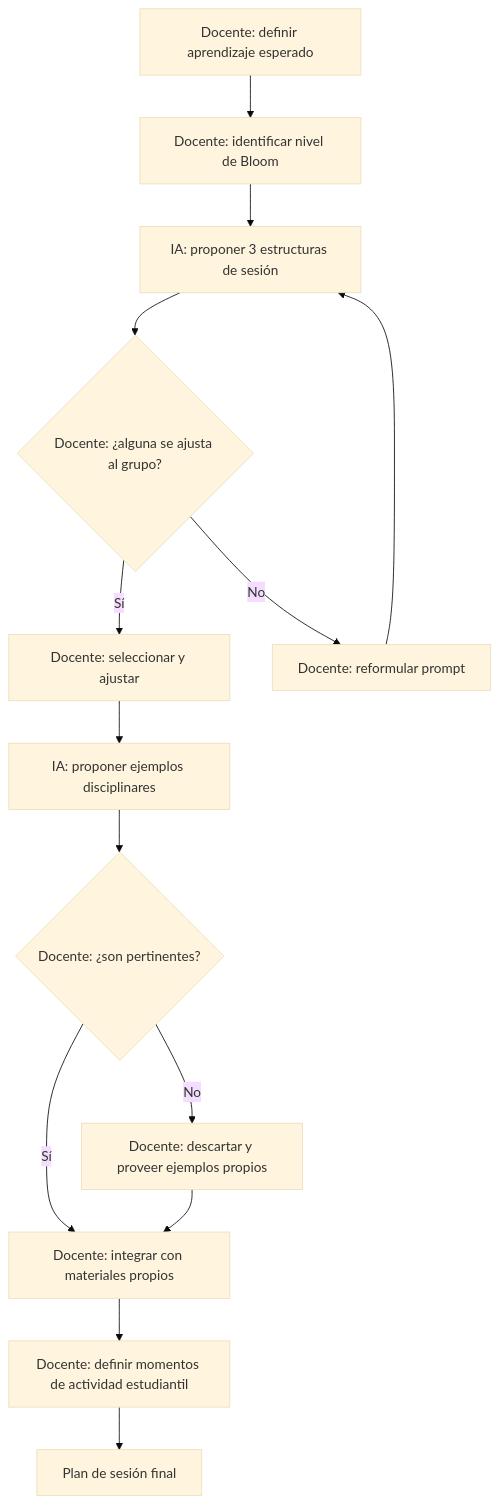
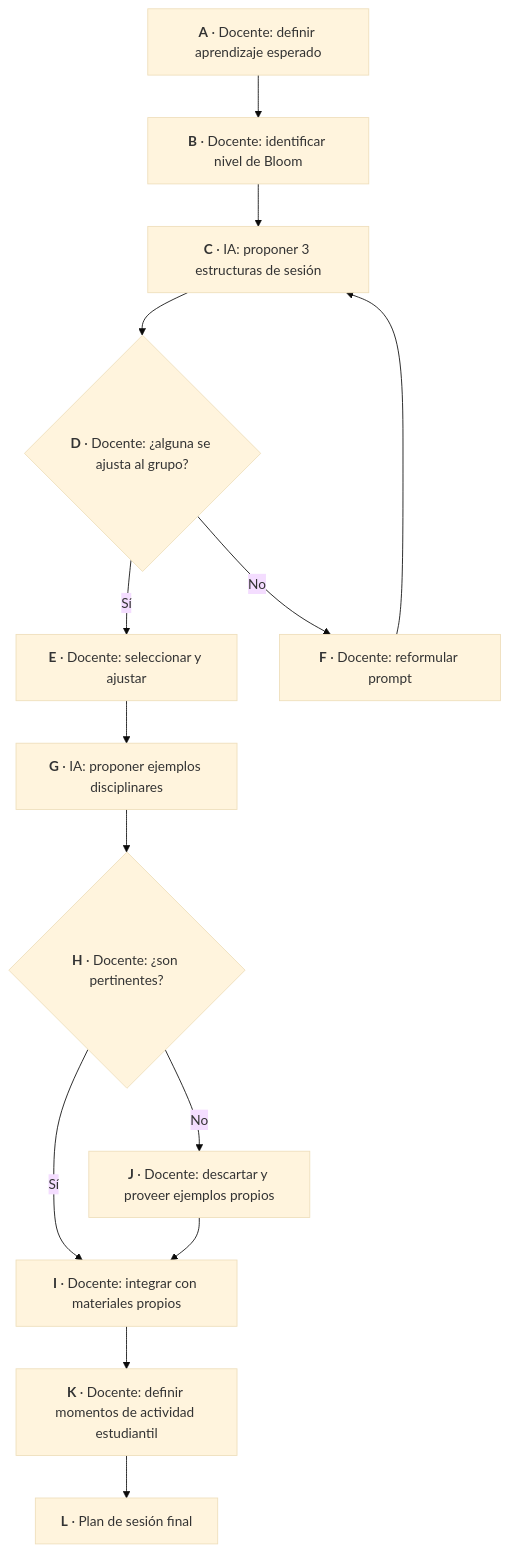
Before and after one commit to arqueon/aprendizaje-ia: the first of 3 diagrams in content/laboratorio/integracion-ia/flujos-trabajo-docente-ia/index.md, drawn with Mermaid (base theme). The commit also changed other lines of this file and 47 other files, not shown here.

```diff
--- a/content/laboratorio/integracion-ia/flujos-trabajo-docente-ia/index.md
+++ b/content/laboratorio/integracion-ia/flujos-trabajo-docente-ia/index.md
@@ -39,16 +39,16 @@
 {{< mermaid >}}
 flowchart TD
-    A[Docente: definir aprendizaje esperado] --> B[Docente: identificar nivel de Bloom]
-    B --> C[IA: proponer 3 estructuras de sesión]
-    C --> D{Docente: ¿alguna se ajusta al grupo?}
-    D -- Sí --> E[Docente: seleccionar y ajustar]
-    D -- No --> F[Docente: reformular prompt]
+    A["<b>A</b> · Docente: definir aprendizaje esperado"] --> B["<b>B</b> · Docente: identificar nivel de Bloom"]
+    B --> C["<b>C</b> · IA: proponer 3 estructuras de sesión"]
+    C --> D{"<b>D</b> · Docente: ¿alguna se ajusta al grupo?"}
+    D -- Sí --> E["<b>E</b> · Docente: seleccionar y ajustar"]
+    D -- No --> F["<b>F</b> · Docente: reformular prompt"]
     F --> C
-    E --> G[IA: proponer ejemplos disciplinares]
-    G --> H{Docente: ¿son pertinentes?}
-    H -- Sí --> I[Docente: integrar con materiales propios]
-    H -- No --> J[Docente: descartar y proveer ejemplos propios]
+    E --> G["<b>G</b> · IA: proponer ejemplos disciplinares"]
+    G --> H{"<b>H</b> · Docente: ¿son pertinentes?"}
+    H -- Sí --> I["<b>I</b> · Docente: integrar con materiales propios"]
+    H -- No --> J["<b>J</b> · Docente: descartar y proveer ejemplos propios"]
     J --> I
-    I --> K[Docente: definir momentos de actividad estudiantil]
-    K --> L[Plan de sesión final]
+    I --> K["<b>K</b> · Docente: definir momentos de actividad estudiantil"]
+    K --> L["<b>L</b> · Plan de sesión final"]
 {{< /mermaid >}}
```
